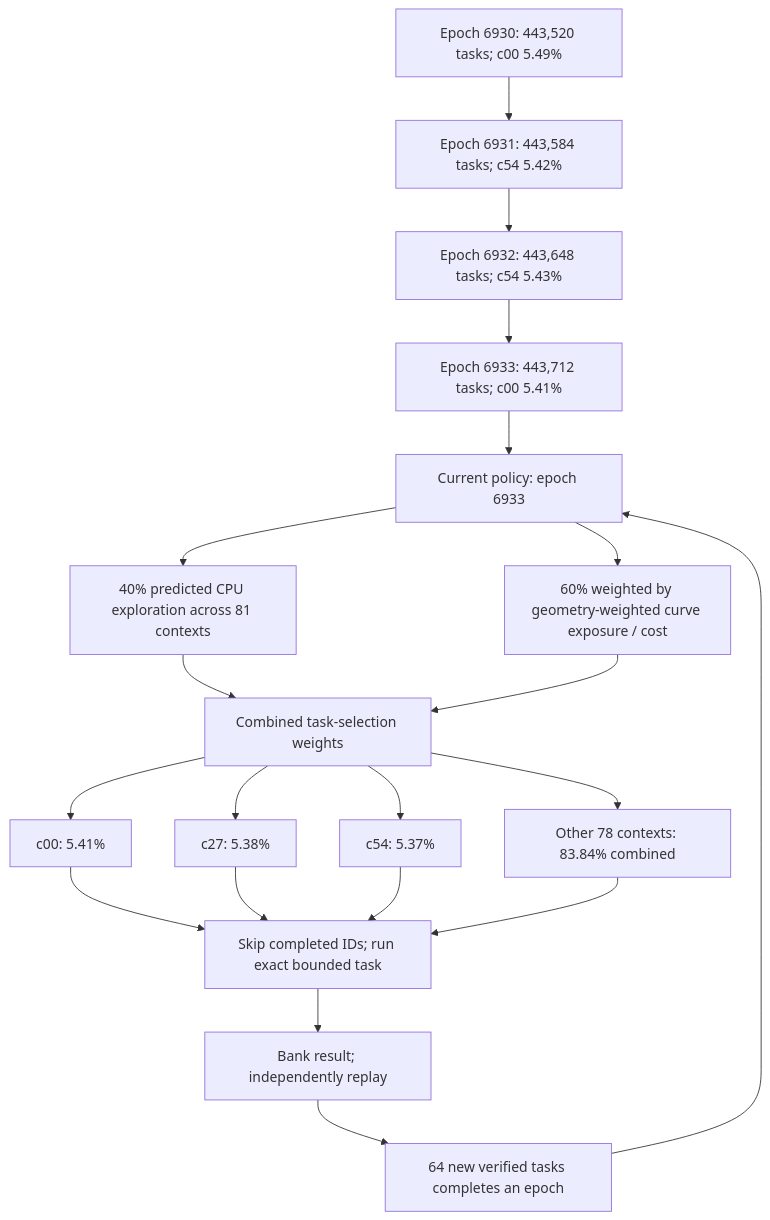
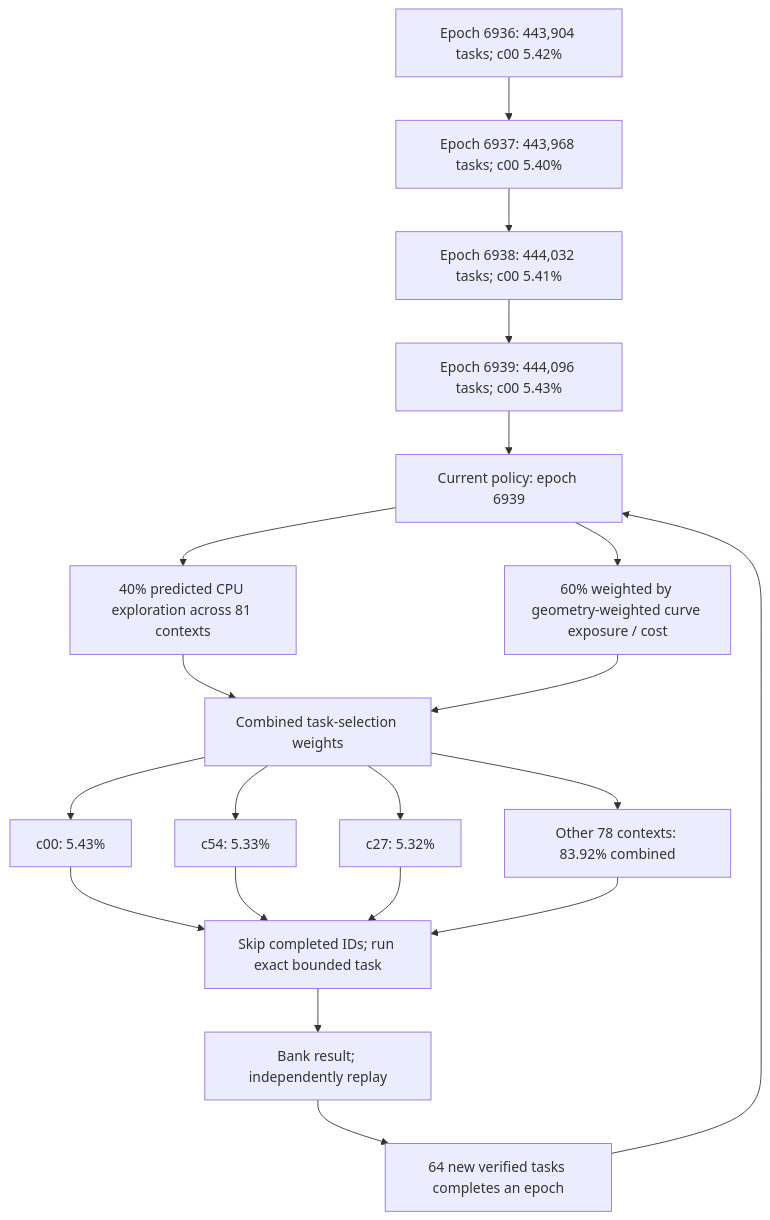
One commit to Kuberwastaken/math-gambling changed the first of 4 diagrams in README.md. Above: the diagram before and after it, drawn with Mermaid. The commit also changed other lines of this file and 1537 other files, not shown here.

````diff
--- a/README.md
+++ b/README.md
@@ -60,27 +60,27 @@
 ```mermaid
 flowchart TD
-    H0["Epoch 6930: 443,520 tasks; c00 5.49%"]
-    H1["Epoch 6931: 443,584 tasks; c54 5.42%"]
+    H0["Epoch 6936: 443,904 tasks; c00 5.42%"]
+    H1["Epoch 6937: 443,968 tasks; c00 5.40%"]
     H0 --> H1
-    H2["Epoch 6932: 443,648 tasks; c54 5.43%"]
+    H2["Epoch 6938: 444,032 tasks; c00 5.41%"]
     H1 --> H2
-    H3["Epoch 6933: 443,712 tasks; c00 5.41%"]
+    H3["Epoch 6939: 444,096 tasks; c00 5.43%"]
     H2 --> H3
-    Policy["Current policy: epoch 6933"]
+    Policy["Current policy: epoch 6939"]
     H3 --> Policy
     Policy --> Explore["40% predicted CPU exploration across 81 contexts"]
     Policy --> Cost["60% weighted by geometry-weighted curve exposure / cost"]
     Explore --> Mix["Combined task-selection weights"]
     Cost --> Mix
-    Mix --> C0["c00: 5.41%"]
-    Mix --> C1["c27: 5.38%"]
-    Mix --> C2["c54: 5.37%"]
-    Mix --> Rest["Other 78 contexts: 83.84% combined"]
+    Mix --> C0["c00: 5.43%"]
+    Mix --> C1["c54: 5.33%"]
+    Mix --> C2["c27: 5.32%"]
+    Mix --> Rest["Other 78 contexts: 83.92% combined"]
     C0 --> Check["Skip completed IDs; run exact bounded task"]
     C1 --> Check
     C2 --> Check
     Rest --> Check
     Check --> Replay["Bank result; independently replay"]
     Replay --> Gate["64 new verified tasks completes an epoch"]
     Gate --> Policy
 ```
````
